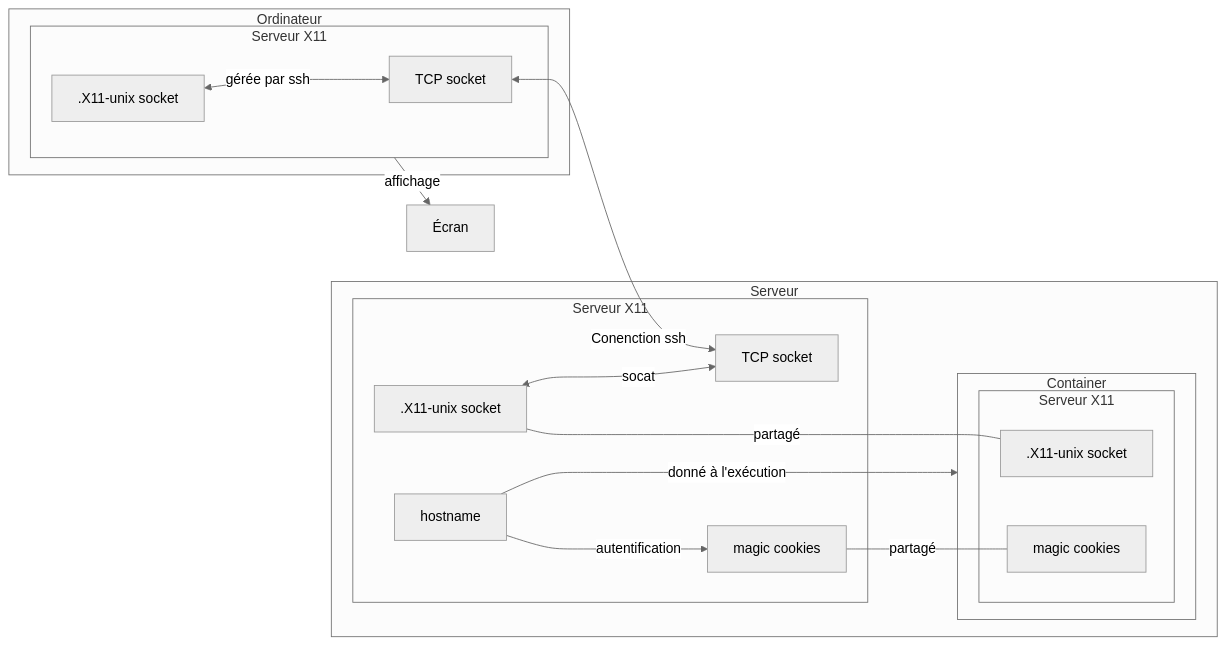
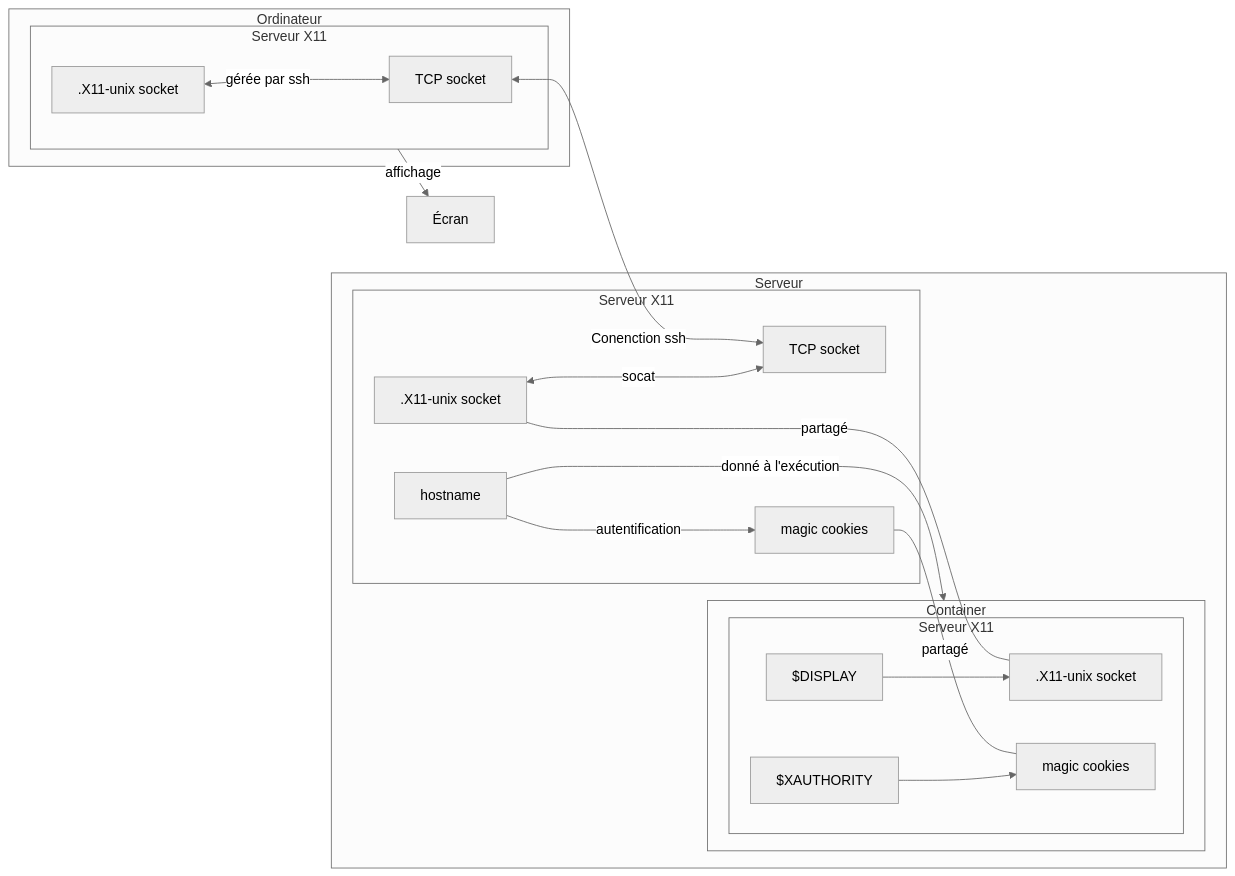
Before and after one commit to Arkanthara/bachelor: the second of 2 diagrams in rapport/chapitres/docker.qmd, drawn with Mermaid (neutral theme). The commit also changed other lines of this file and 6 other files, not shown here.

````diff
--- a/rapport/chapitres/docker.qmd
+++ b/rapport/chapitres/docker.qmd
@@ -224,36 +226,40 @@
 ```{mermaid}
 %%| fig-cap: "Shéma de l'affichage d'une application graphique tournant dans un container sur un serveur distant"
 %%| label: fig-displayserver
 %%| fig-width: 6.5
 flowchart LR
 subgraph Ordinateur
     subgraph a[Serveur X11]
         s[.X11-unix socket]
         t[TCP socket]
     end
 end
 subgraph Serveur
     subgraph X[Container]
         subgraph A1[Serveur X11]
             S1[.X11-unix socket]
+            D1[$DISPLAY]
+            E1[$XAUTHORITY]
             C1[magic cookies]
         end
     end
     subgraph A[Serveur X11]
         H[hostname]
         S[.X11-unix socket]
         T[TCP socket]
         C[magic cookies]
     end
 end
 E[Écran]
 
 t <-->|Conenction ssh|T
 s <-->|gérée par ssh|t
 S <-->|socat|T
 S ---|partagé| S1
 C --- |partagé|C1
 a --> |affichage|E
 H --> |donné à l'exécution|X
 H --> |autentification|C
+D1 --> S1
+E1 --> C1
 ```
````
